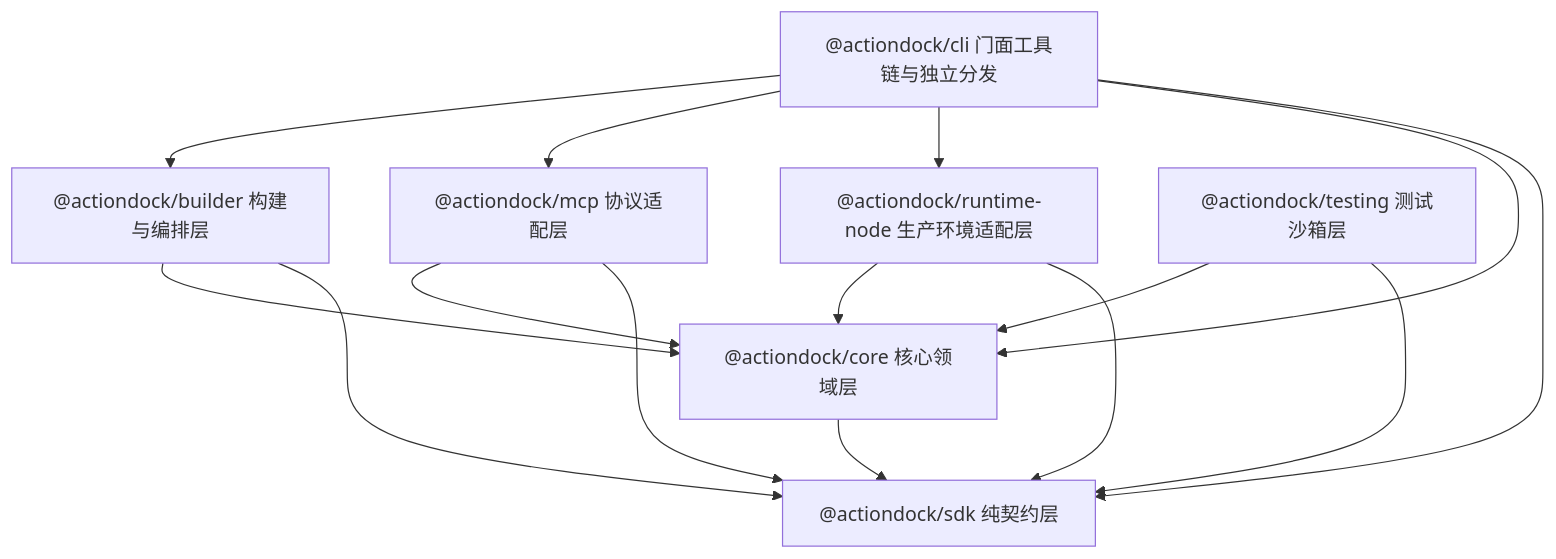
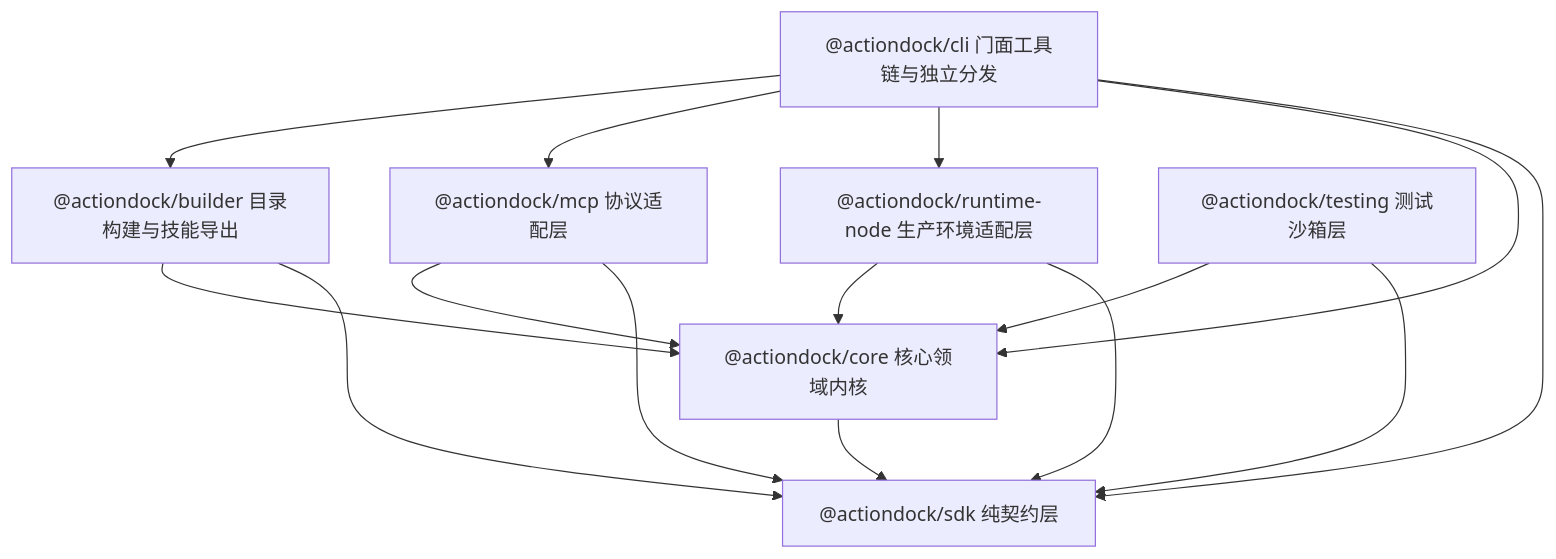
The second of 3 diagrams in docs/getting-started/overview.md (team4u/actiondock), drawn with Mermaid before and after one commit. The commit also changed other lines of this file and 131 other files, not shown here.

````diff
--- a/docs/getting-started/overview.md
+++ b/docs/getting-started/overview.md
@@ -68,30 +67,30 @@
 ```mermaid
 graph TD
     CLI["@actiondock/cli 门面工具链与独立分发"]
-    BUILDER["@actiondock/builder 构建与编排层"]
+    BUILDER["@actiondock/builder 目录构建与技能导出"]
     MCP["@actiondock/mcp 协议适配层"]
     RUNTIME_NODE["@actiondock/runtime-node 生产环境适配层"]
     TESTING["@actiondock/testing 测试沙箱层"]
-    CORE["@actiondock/core 核心领域层"]
+    CORE["@actiondock/core 核心领域内核"]
     SDK["@actiondock/sdk 纯契约层"]
 
     CLI --> BUILDER
     CLI --> MCP
     CLI --> RUNTIME_NODE
     CLI --> CORE
     CLI --> SDK
 
     BUILDER --> CORE
     BUILDER --> SDK
 
     MCP --> CORE
     MCP --> SDK
 
     RUNTIME_NODE --> CORE
     RUNTIME_NODE --> SDK
 
     TESTING --> CORE
     TESTING --> SDK
 
     CORE --> SDK
 ```
````
